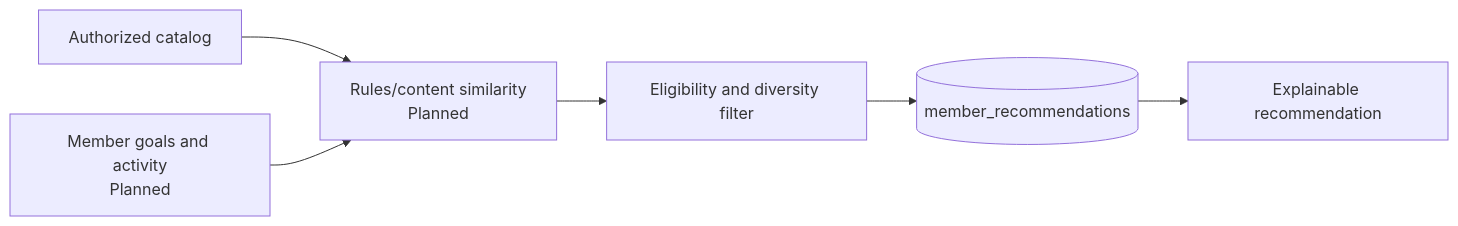
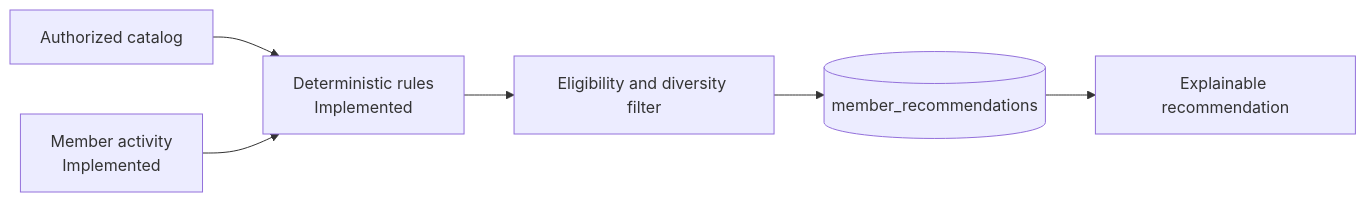
Before and after one commit to drjendan/creator-community-ai: the fifth of 6 diagrams in docs/05_AI_Architecture.md, drawn with Mermaid. The commit also changed other lines of this file and 331 other files, not shown here.

````diff
--- a/docs/05_AI_Architecture.md
+++ b/docs/05_AI_Architecture.md
@@ -159,9 +159,9 @@
 ```mermaid
 flowchart LR
-  A[Authorized catalog] --> R[Rules/content similarity<br/>Planned]
-  B[Member goals and activity<br/>Planned]
+  A[Authorized catalog] --> R[Deterministic rules<br/>Implemented]
+  B[Member activity<br/>Implemented]
   B --> R
   R --> F[Eligibility and diversity filter]
   F --> S[(member_recommendations)]
   S --> UI[Explainable recommendation]
 ```
````
